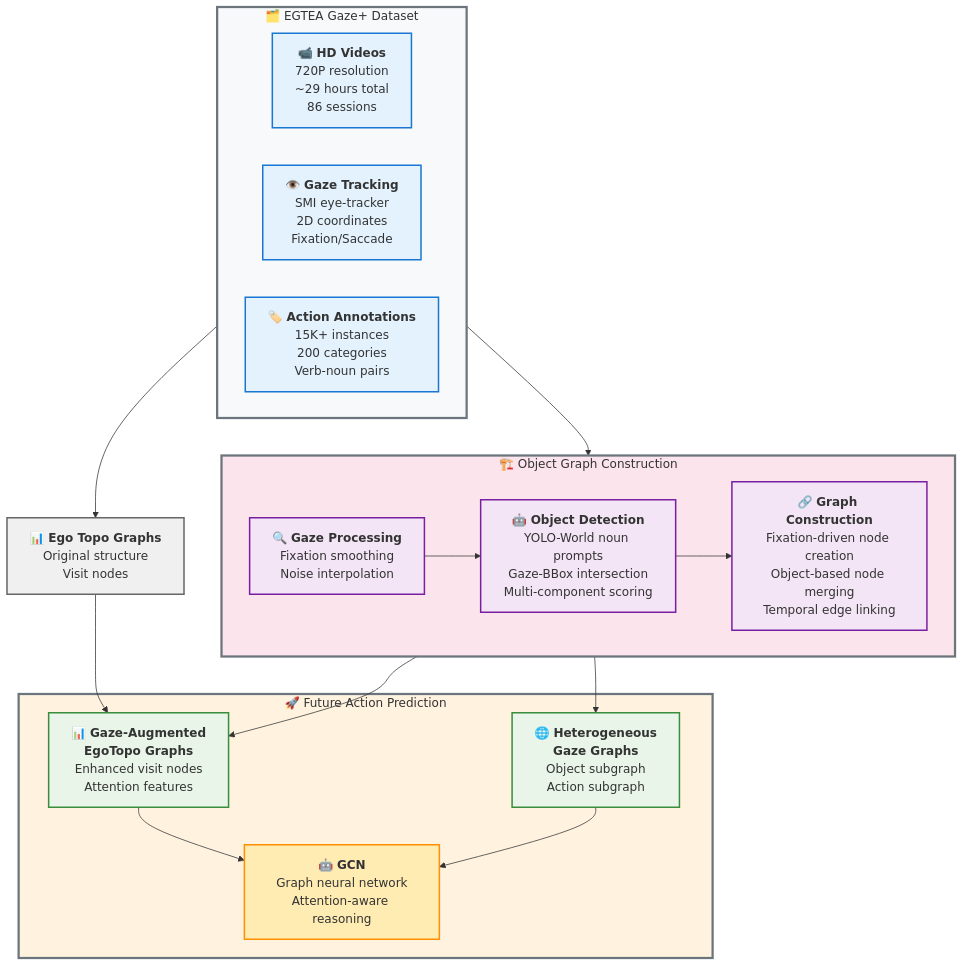
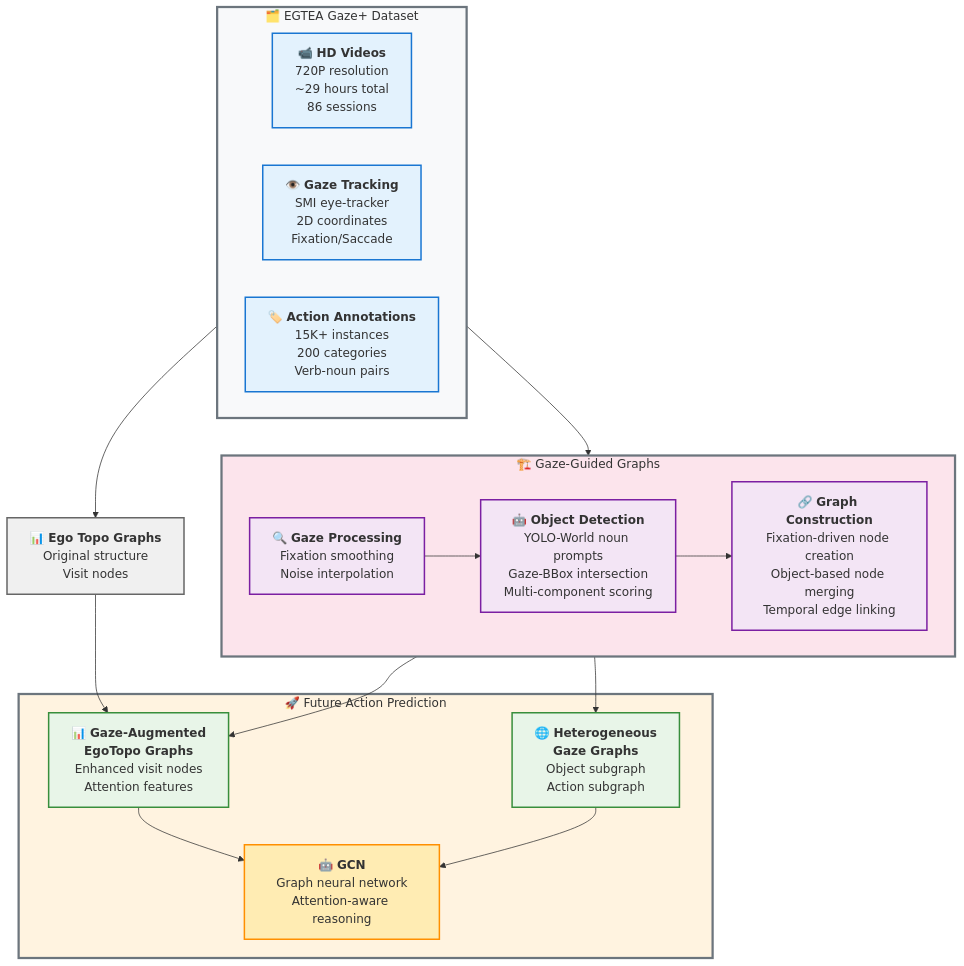
The diagram in figures/graph-construction-overview.md (tavis-siebert/gaze-guided-scene), drawn with Mermaid before and after one commit.

Commit message:
feat(figures): restructure prediction pipeline with GCN integration
- Create unified Future Action Prediction container
- Add external Ego Topo Graphs node with enhancement flow
- Include GCN node with dual input connections
- Update styling for clear component distinction
- Show internal graph processing relationships

```diff
--- a/figures/graph-construction-overview.md
+++ b/figures/graph-construction-overview.md
@@ -23,7 +23,7 @@
     end
     
     %% Core Processing Pipeline - Second level
-    subgraph Pipeline["🏗️ Object Graph Construction"]
+    subgraph Pipeline["🏗️ Gaze-Guided Graphs"]
         direction LR
         D["`🔍 **Gaze Processing**
         Fixation smoothing
```
